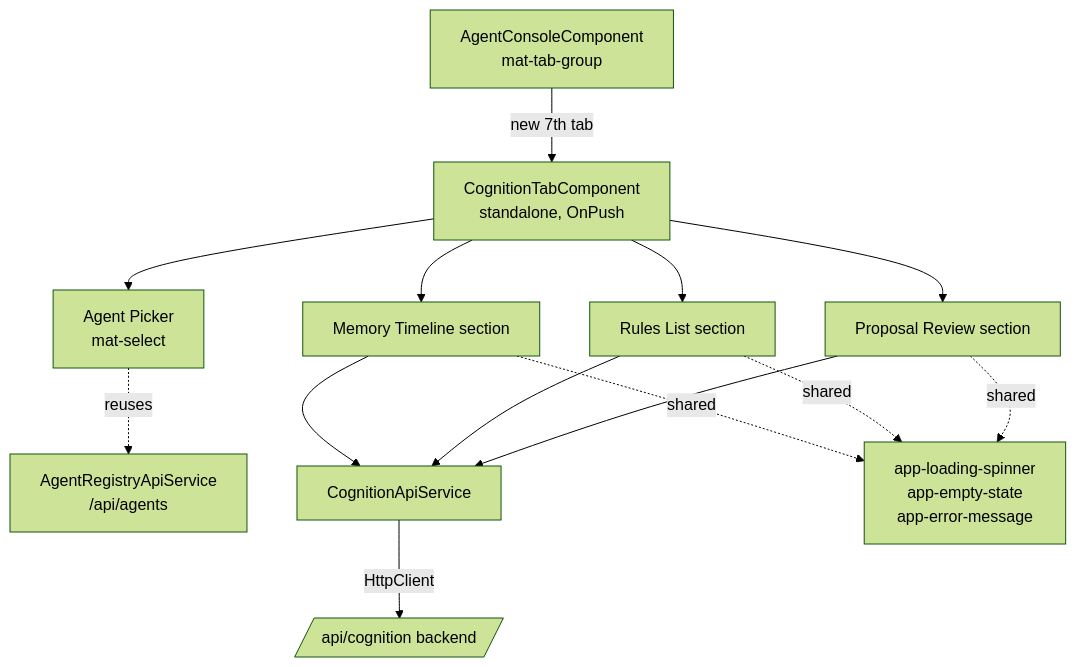
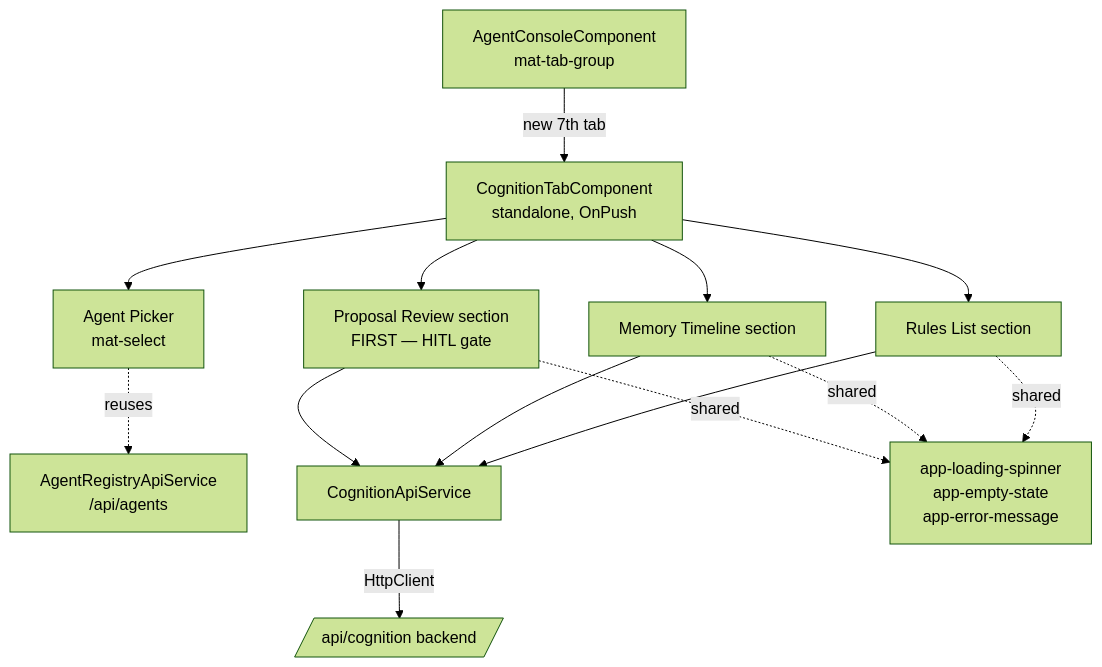
One commit to brandonkindred/Khala-Agentic-AI-Teams changed the first of 2 diagrams in user-interface/src/app/components/agent-console/cognition-tab/DESIGN.md. Above: the diagram before and after it, drawn with Mermaid (forest theme). The commit also changed other lines of this file, not shown here.

First line of the commit message:
Lead Cognition panel with Proposals section

````diff
--- a/user-interface/src/app/components/agent-console/cognition-tab/DESIGN.md
+++ b/user-interface/src/app/components/agent-console/cognition-tab/DESIGN.md
@@ -21,18 +21,18 @@
 ```mermaid
 graph TD
     AC[AgentConsoleComponent<br/>mat-tab-group] -->|new 7th tab| CT[CognitionTabComponent<br/>standalone, OnPush]
     CT --> AP[Agent Picker<br/>mat-select]
+    CT --> PR[Proposal Review section<br/>FIRST — HITL gate]
     CT --> MT[Memory Timeline section]
     CT --> RL[Rules List section]
-    CT --> PR[Proposal Review section]
 
     AP -.reuses.-> ARS[AgentRegistryApiService<br/>/api/agents]
-    MT --> CAS[CognitionApiService]
+    PR --> CAS[CognitionApiService]
+    MT --> CAS
     RL --> CAS
-    PR --> CAS
     CAS -->|HttpClient| API[/api/cognition backend/]
 
-    MT -.shared.-> SH[app-loading-spinner<br/>app-empty-state<br/>app-error-message]
+    PR -.shared.-> SH[app-loading-spinner<br/>app-empty-state<br/>app-error-message]
+    MT -.shared.-> SH
     RL -.shared.-> SH
-    PR -.shared.-> SH
 ```
````
